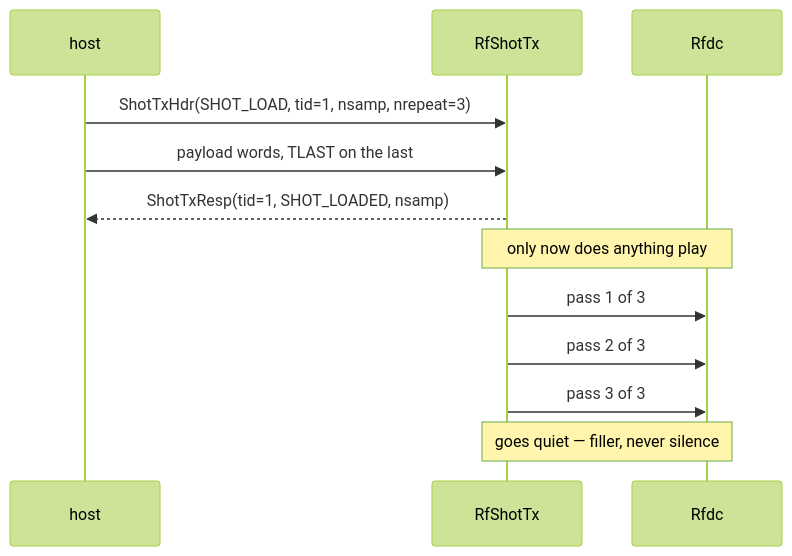
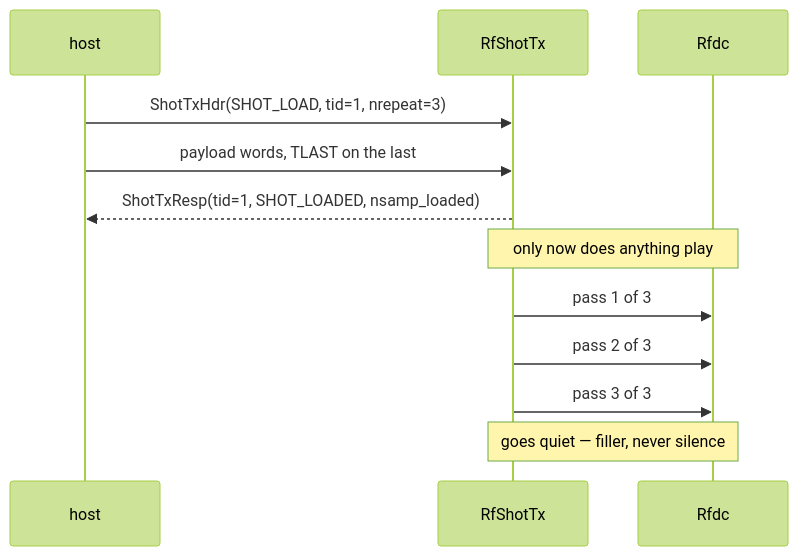
Before and after one commit to sdrangan/waveflow: the first of 3 diagrams in docs/guide/rf/rfshotbuf/tx.md, drawn with Mermaid (forest theme). The commit also changed other lines of this file and 19 other files, not shown here.

````diff
--- a/docs/guide/rf/rfshotbuf/tx.md
+++ b/docs/guide/rf/rfshotbuf/tx.md
@@ -152,14 +163,14 @@
 ```mermaid
 sequenceDiagram
     participant H as host
     participant T as RfShotTx
     participant D as Rfdc
-    H->>T: ShotTxHdr(SHOT_LOAD, tid=1, nsamp, nrepeat=3)
+    H->>T: ShotTxHdr(SHOT_LOAD, tid=1, nrepeat=3)
     H->>T: payload words, TLAST on the last
-    T-->>H: ShotTxResp(tid=1, SHOT_LOADED, nsamp)
+    T-->>H: ShotTxResp(tid=1, SHOT_LOADED, nsamp_loaded)
     Note over T,D: only now does anything play
     T->>D: pass 1 of 3
     T->>D: pass 2 of 3
     T->>D: pass 3 of 3
     Note over T,D: goes quiet — filler, never silence
 ```
````
